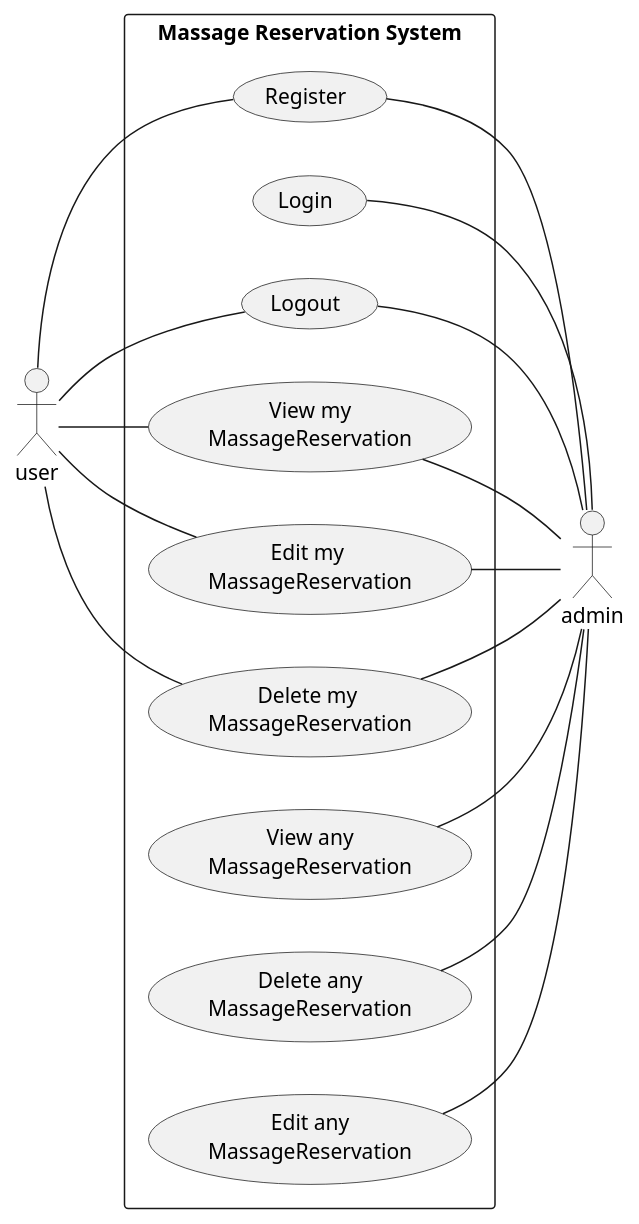
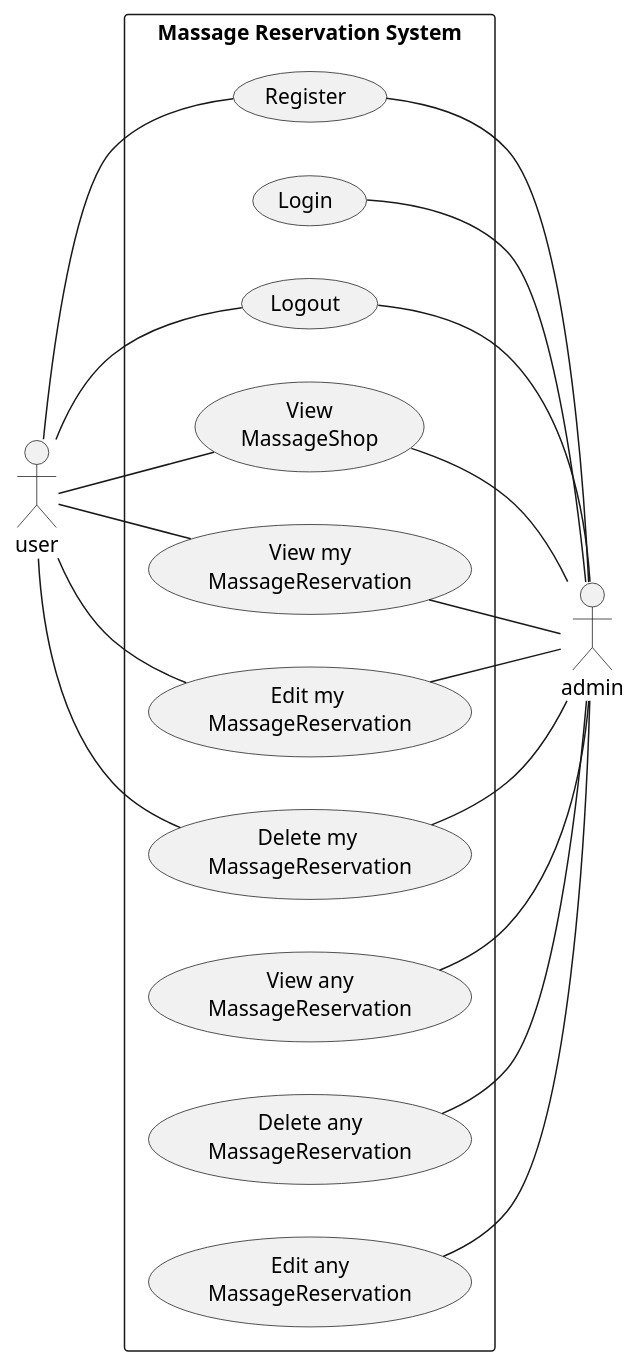
Before and after one commit to 2110503TACEDT66/presentation-day-1-kalaeksi-phloeng-rachan: the diagram in uml/usecasediagram.puml, drawn with PlantUML.

Commit message:
fix usecasediagram

```diff
--- a/uml/usecasediagram.puml
+++ b/uml/usecasediagram.puml
@@ -1,33 +1,36 @@
 @startuml 
 
 left to right direction
 
 rectangle "Massage Reservation System" as HBSys{
     usecase "Register" as register
     usecase "Login" as logIn
     usecase "Logout" as logOut
+    usecase "View\nMassageShop" as viewMassageShop
     usecase "View my\nMassageReservation" as viewmyMassageReservation
     usecase "Edit my \nMassageReservation" as editmyMassageReservation
     usecase "Delete my \nMassageReservation" as deletemyMassageReservation
     usecase "View any\nMassageReservation" as viewanyMassageReservation
     usecase "Delete any\nMassageReservation" as deleteanyMassageReservation
     usecase "Edit any\nMassageReservation" as editanyMassageReservation
 }
 user -- register
 user -- logOut
+user -- viewMassageShop
 user -- viewmyMassageReservation
 user -- deletemyMassageReservation
 user -- editmyMassageReservation
 
 register -- admin
 logIn -- admin
 logOut -- admin
+viewMassageShop -- admin
 viewmyMassageReservation -- admin
 viewanyMassageReservation -- admin
 editanyMassageReservation -- admin
 deleteanyMassageReservation -- admin
 deletemyMassageReservation -- admin
 editmyMassageReservation -- admin
 
 
 @enduml
```
